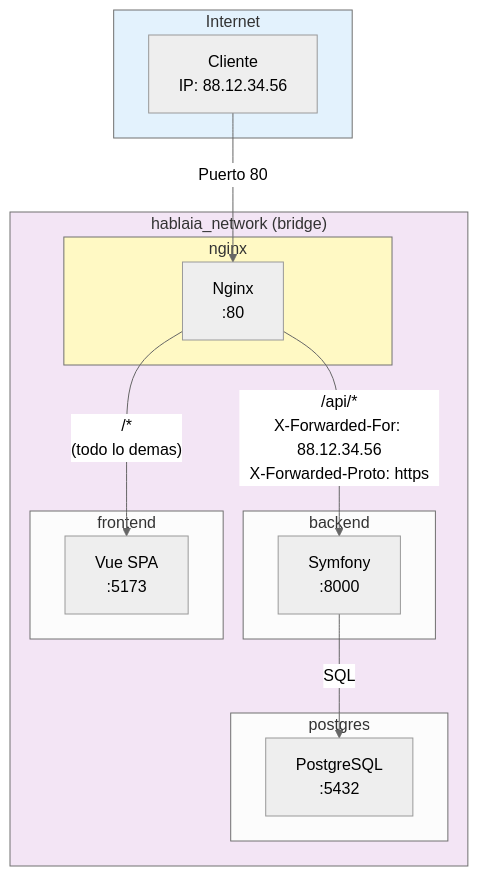
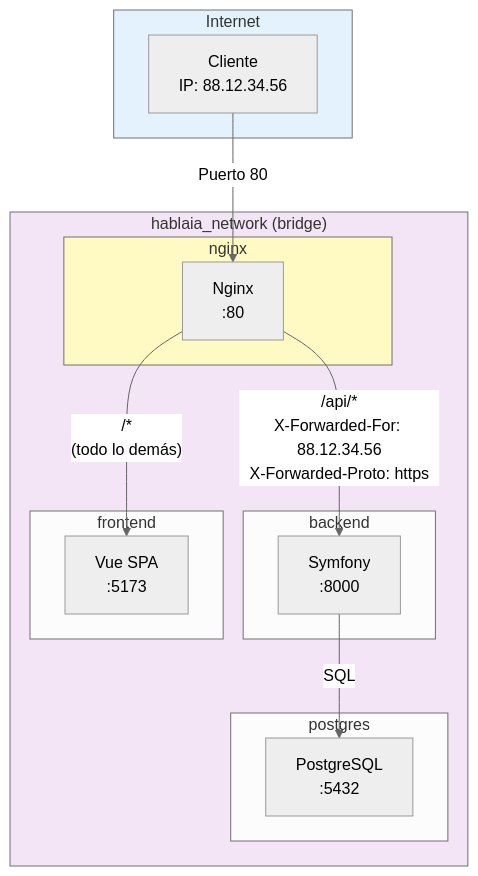
Before and after one commit to luismiglezmohino/HablaIA: the second of 6 diagrams in docs/diagrams/docker-infrastructure.md, drawn with Mermaid (neutral theme). The commit also changed other lines of this file and 30 other files, not shown here.

````diff
--- a/docs/diagrams/docker-infrastructure.md
+++ b/docs/diagrams/docker-infrastructure.md
@@ -59,35 +59,35 @@
 ```mermaid
 graph TB
     subgraph Internet["Internet"]
         Client["Cliente<br/>IP: 88.12.34.56"]
     end
 
     subgraph DockerNetwork["hablaia_network (bridge)"]
         subgraph NginxContainer["nginx"]
             Nginx["Nginx<br/>:80"]
         end
 
         subgraph BackendContainer["backend"]
             Symfony["Symfony<br/>:8000"]
         end
 
         subgraph FrontendContainer["frontend"]
             Vite["Vue SPA<br/>:5173"]
         end
 
         subgraph PostgresContainer["postgres"]
             PG["PostgreSQL<br/>:5432"]
         end
     end
 
     Client -->|"Puerto 80"| Nginx
 
     Nginx -->|"/api/*<br/>X-Forwarded-For: 88.12.34.56<br/>X-Forwarded-Proto: https"| Symfony
-    Nginx -->|"/*<br/>(todo lo demas)"| Vite
+    Nginx -->|"/*<br/>(todo lo demás)"| Vite
 
     Symfony -->|"SQL"| PG
 
     style Internet fill:#e3f2fd
     style DockerNetwork fill:#f3e5f5
     style NginxContainer fill:#fff9c4
 ```
````
